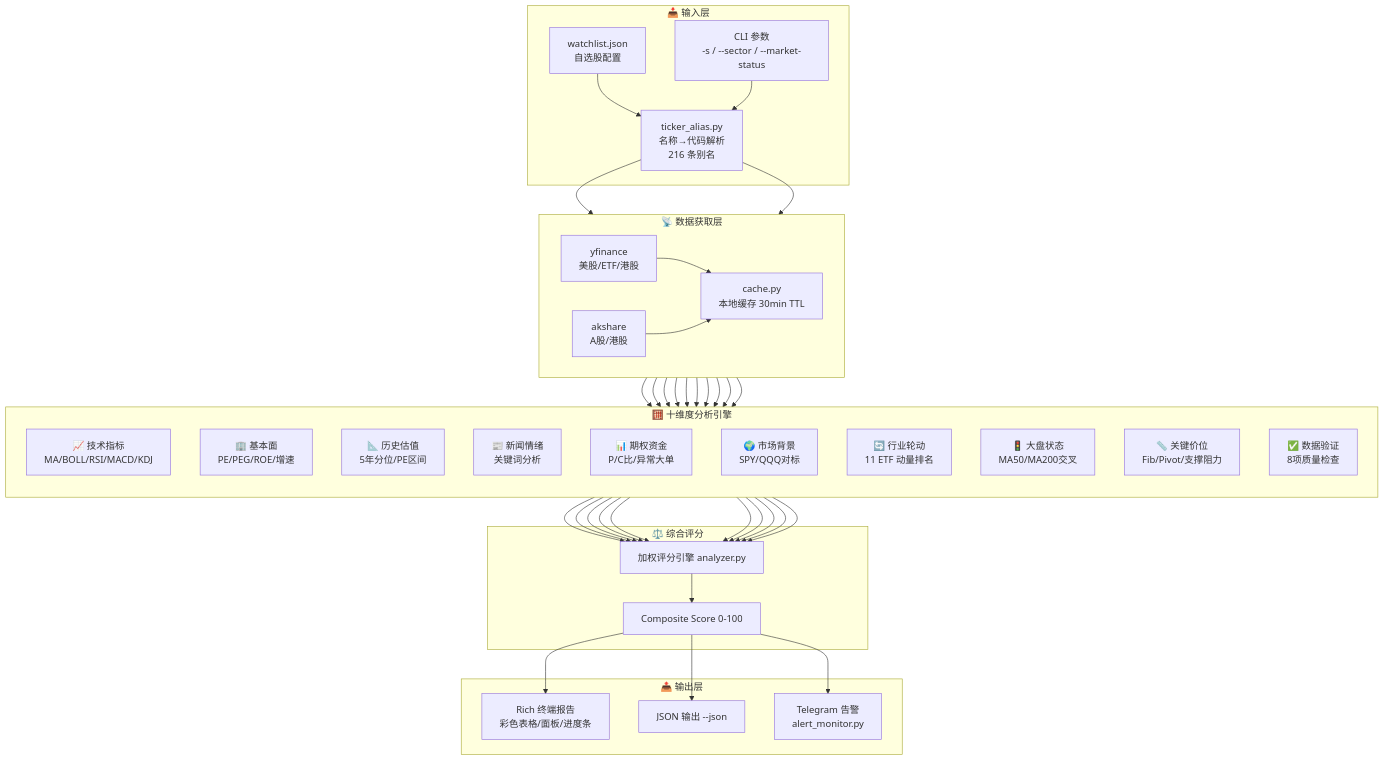
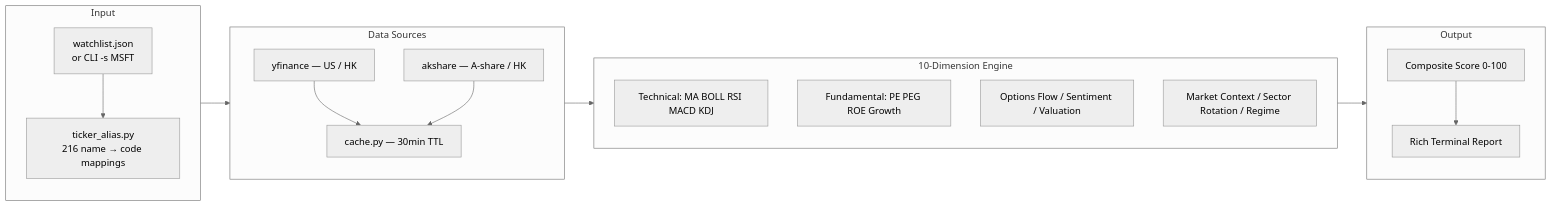
The first of 4 diagrams in README.md (Guojc-source/Stock_Monitor), drawn with Mermaid before and after one commit. The commit also changed other lines of this file and 7 other files, not shown here.

Commit message:
style: neutral theme for mermaid diagrams, simplify architecture flowchart

````diff
--- a/README.md
+++ b/README.md
@@ -11,59 +11,36 @@
 ```mermaid
-flowchart TB
-    subgraph INPUT["📥 输入层"]
-        WL["watchlist.json<br/>自选股配置"]
-        CLI["CLI 参数<br/>-s / --sector / --market-status"]
-        ALIAS["ticker_alias.py<br/>名称→代码解析<br/>216 条别名"]
+%%{init: {'theme':'neutral'}}%%
+flowchart LR
+    subgraph input["Input"]
+        direction TB
+        A1["watchlist.json\nor CLI -s MSFT"]
+        A2["ticker_alias.py\n216 name → code mappings"]
+        A1 --> A2
     end
 
-    subgraph DATA["📡 数据获取层"]
-        direction LR
-        YF["yfinance<br/>美股/ETF/港股"]
-        AK["akshare<br/>A股/港股"]
-        CACHE["cache.py<br/>本地缓存 30min TTL"]
+    subgraph data["Data Sources"]
+        direction TB
+        B1["yfinance — US / HK"]
+        B2["akshare — A-share / HK"]
+        B3["cache.py — 30min TTL"]
+        B1 --> B3
+        B2 --> B3
     end
 
-    subgraph ANALYSIS["🧮 十维度分析引擎"]
+    subgraph engine["10-Dimension Engine"]
         direction TB
-        TECH["📈 技术指标<br/>MA/BOLL/RSI/MACD/KDJ"]
-        FUND["🏢 基本面<br/>PE/PEG/ROE/增速"]
-        HIST["📐 历史估值<br/>5年分位/PE区间"]
-        SENT["📰 新闻情绪<br/>关键词分析"]
-        OPT["📊 期权资金<br/>P/C比/异常大单"]
-        MCTX["🌍 市场背景<br/>SPY/QQQ对标"]
-        SECT["🔄 行业轮动<br/>11 ETF 动量排名"]
-        MKST["🚦 大盘状态<br/>MA50/MA200交叉"]
-        LVL["📏 关键价位<br/>Fib/Pivot/支撑阻力"]
-        DV["✅ 数据验证<br/>8项质量检查"]
+        C1["Technical: MA BOLL RSI MACD KDJ"]
+        C2["Fundamental: PE PEG ROE Growth"]
+        C3["Options Flow / Sentiment / Valuation"]
+        C4["Market Context / Sector Rotation / Regime"]
     end
 
-    subgraph SCORE["⚖️ 综合评分"]
-        W["加权评分引擎 analyzer.py"]
-        CS["Composite Score 0-100"]
+    subgraph output["Output"]
+        direction TB
+        D1["Composite Score 0-100"]
+        D2["Rich Terminal Report"]
+        D1 --> D2
     end
 
-    subgraph OUTPUT["📤 输出层"]
-        RICH["Rich 终端报告<br/>彩色表格/面板/进度条"]
-        JSON_OUT["JSON 输出 --json"]
-        ALERT["Telegram 告警<br/>alert_monitor.py"]
-    end
-
-    WL --> ALIAS
-    CLI --> ALIAS
-    ALIAS --> YF & AK
-    YF --> CACHE
-    AK --> CACHE
-    CACHE --> TECH & FUND & HIST & SENT & OPT & MCTX & SECT & MKST & LVL & DV
-    TECH --> W
-    FUND --> W
-    HIST --> W
-    SENT --> W
-    OPT --> W
-    MCTX --> W
-    SECT --> W
-    MKST --> W
-    LVL --> W
-    DV --> W
-    W --> CS
-    CS --> RICH & JSON_OUT & ALERT
+    input --> data --> engine --> output
 ```
````
